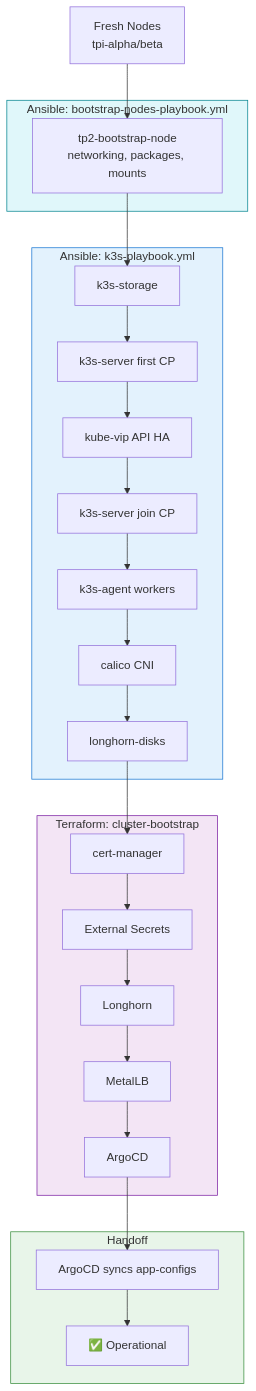
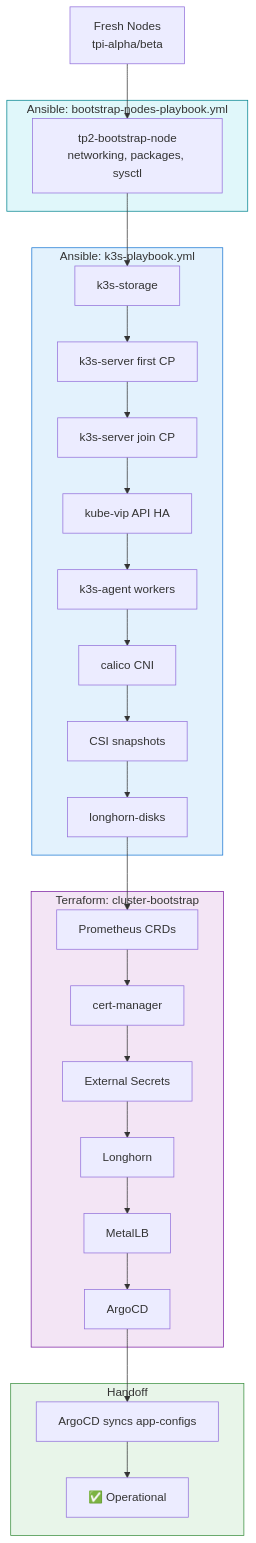
Before and after one commit to fzymgc-house/selfhosted-cluster: the first of 3 diagrams in README.md, drawn with Mermaid. The commit also changed other lines of this file and 1 other file, not shown here.

Commit message:
docs: fix diagram accuracy issues from PR review
Bootstrap Sequence fixes:
- Correct Ansible phase order (CP join before kube-vip)
- Add CSI snapshot controller phase
- Add Prometheus CRDs as first Terraform component
- Fix tp2-bootstrap-node description (mounts -> sysctl)

Change Management fixes:
- Change 'Webhook' to 'GitHub Action' in Terraform path
- Add GitHub Actions as intermediary in Windmill sequence
- Add note about cluster-bootstrap requiring manual deployment

Update design document to match actual implementation order.

🤖 Generated with [Claude Code](https://claude.com/claude-code)

````diff
--- a/README.md
+++ b/README.md
@@ -24,39 +24,41 @@
 ```mermaid
 flowchart TD
     N[Fresh Nodes<br/>tpi-alpha/beta] --> B1
 
     subgraph Bootstrap["Ansible: bootstrap-nodes-playbook.yml"]
-        B1[tp2-bootstrap-node<br/>networking, packages, mounts]
+        B1[tp2-bootstrap-node<br/>networking, packages, sysctl]
     end
 
     B1 --> A1
 
     subgraph Ansible["Ansible: k3s-playbook.yml"]
         A1[k3s-storage] --> A2[k3s-server first CP]
-        A2 --> A3[kube-vip API HA]
-        A3 --> A4[k3s-server join CP]
+        A2 --> A3[k3s-server join CP]
+        A3 --> A4[kube-vip API HA]
         A4 --> A5[k3s-agent workers]
         A5 --> A6[calico CNI]
-        A6 --> A7[longhorn-disks]
+        A6 --> A7[CSI snapshots]
+        A7 --> A8[longhorn-disks]
     end
 
-    A7 --> T1
+    A8 --> T1
 
     subgraph Terraform["Terraform: cluster-bootstrap"]
-        T1[cert-manager] --> T2[External Secrets]
-        T2 --> T3[Longhorn]
-        T3 --> T4[MetalLB]
-        T4 --> T5[ArgoCD]
+        T1[Prometheus CRDs] --> T2[cert-manager]
+        T2 --> T3[External Secrets]
+        T3 --> T4[Longhorn]
+        T4 --> T5[MetalLB]
+        T5 --> T6[ArgoCD]
     end
 
-    T5 --> G1
+    T6 --> G1
 
     subgraph GitOps["Handoff"]
         G1[ArgoCD syncs app-configs] --> G2[✅ Operational]
     end
 
     style Bootstrap fill:#e0f7fa,stroke:#00838f
     style Ansible fill:#e3f2fd,stroke:#1976d2
     style Terraform fill:#f3e5f5,stroke:#7b1fa2
     style GitOps fill:#e8f5e9,stroke:#388e3c
 ```
````
